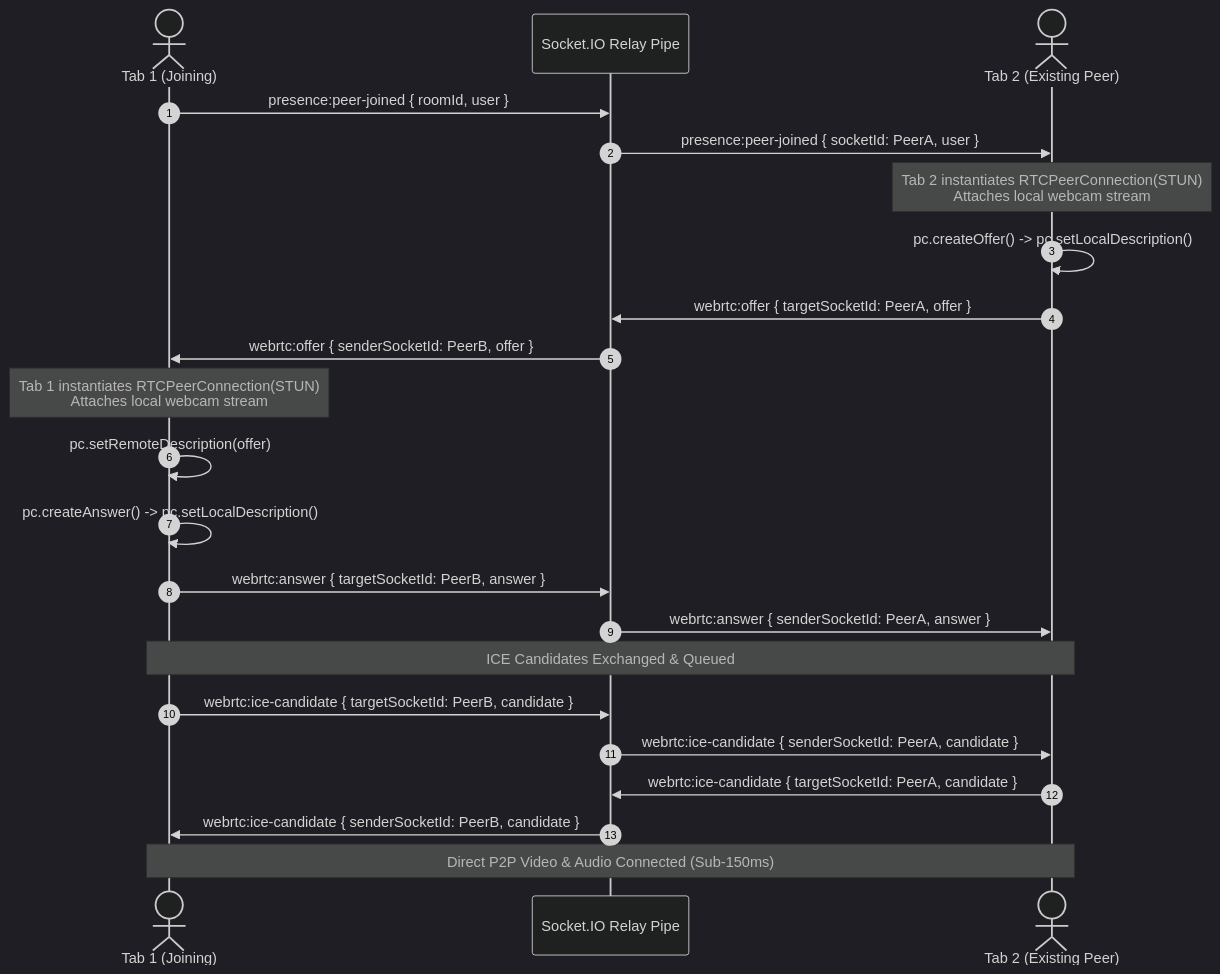
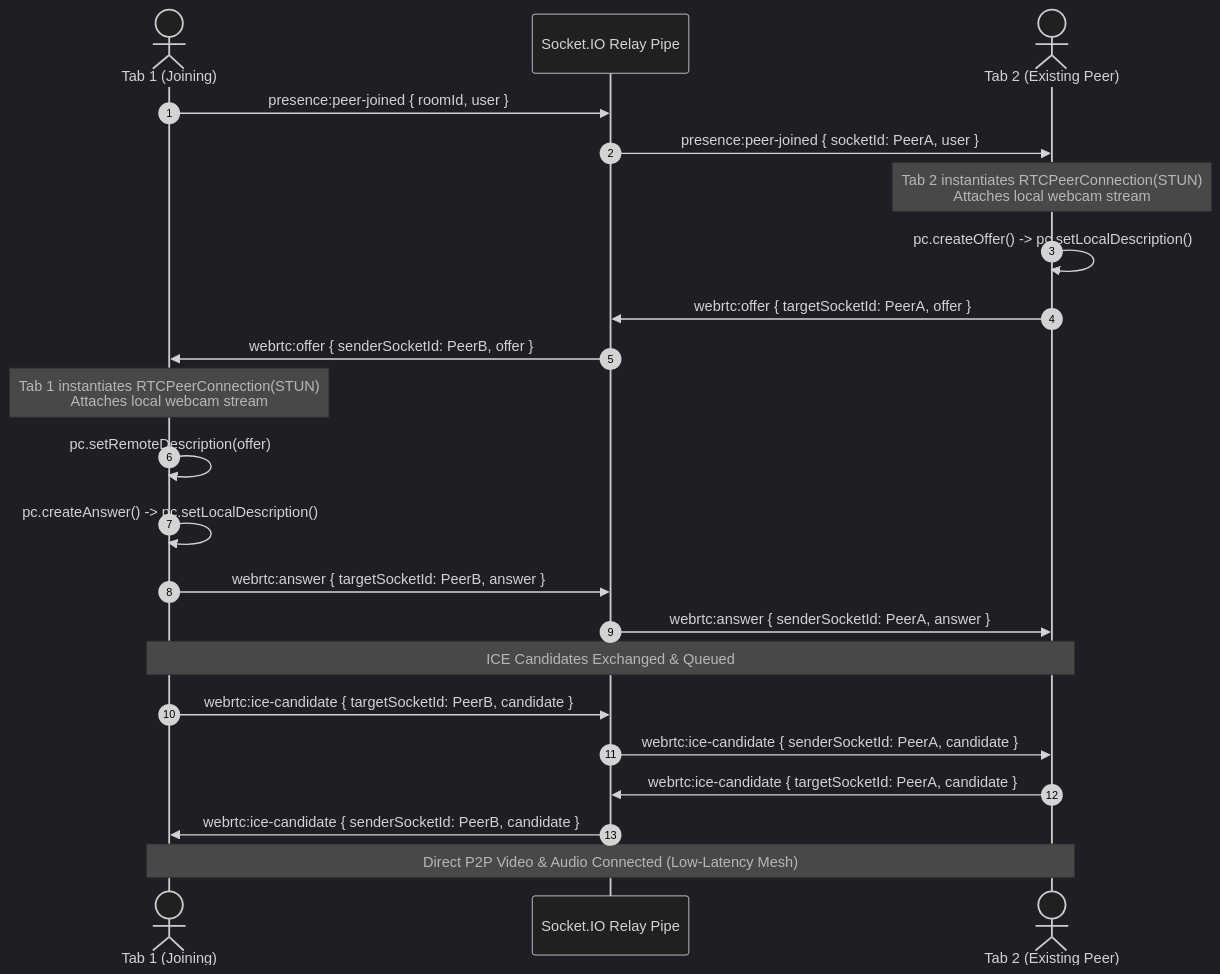
The first of 2 diagrams in COMP.md (SahilSameer18/mindMesh), drawn with Mermaid (dark theme) before and after one commit. The commit also changed other lines of this file and 5 other files, not shown here.

Commit message:
feat(webrtc): implement p2p mesh video calling and dockable conference bar

````diff
--- a/COMP.md
+++ b/COMP.md
@@ -27,29 +40,29 @@
 ```mermaid
 sequenceDiagram
     autonumber
     actor PeerA as Tab 1 (Joining)
     participant Server as Socket.IO Relay Pipe
     actor PeerB as Tab 2 (Existing Peer)
 
     PeerA->>Server: presence:peer-joined { roomId, user }
     Server->>PeerB: presence:peer-joined { socketId: PeerA, user }
 
     Note over PeerB: Tab 2 instantiates RTCPeerConnection(STUN)<br/>Attaches local webcam stream
     PeerB->>PeerB: pc.createOffer() -> pc.setLocalDescription()
     PeerB->>Server: webrtc:offer { targetSocketId: PeerA, offer }
     Server->>PeerA: webrtc:offer { senderSocketId: PeerB, offer }
 
     Note over PeerA: Tab 1 instantiates RTCPeerConnection(STUN)<br/>Attaches local webcam stream
     PeerA->>PeerA: pc.setRemoteDescription(offer)
     PeerA->>PeerA: pc.createAnswer() -> pc.setLocalDescription()
     PeerA->>Server: webrtc:answer { targetSocketId: PeerB, answer }
     Server->>PeerB: webrtc:answer { senderSocketId: PeerA, answer }
 
     Note over PeerA,PeerB: ICE Candidates Exchanged & Queued
     PeerA->>Server: webrtc:ice-candidate { targetSocketId: PeerB, candidate }
     Server->>PeerB: webrtc:ice-candidate { senderSocketId: PeerA, candidate }
     PeerB->>Server: webrtc:ice-candidate { targetSocketId: PeerA, candidate }
     Server->>PeerA: webrtc:ice-candidate { senderSocketId: PeerB, candidate }
 
-    Note over PeerA,PeerB: Direct P2P Video & Audio Connected (Sub-150ms)
+    Note over PeerA,PeerB: Direct P2P Video & Audio Connected (Low-Latency Mesh)
 ```
````
